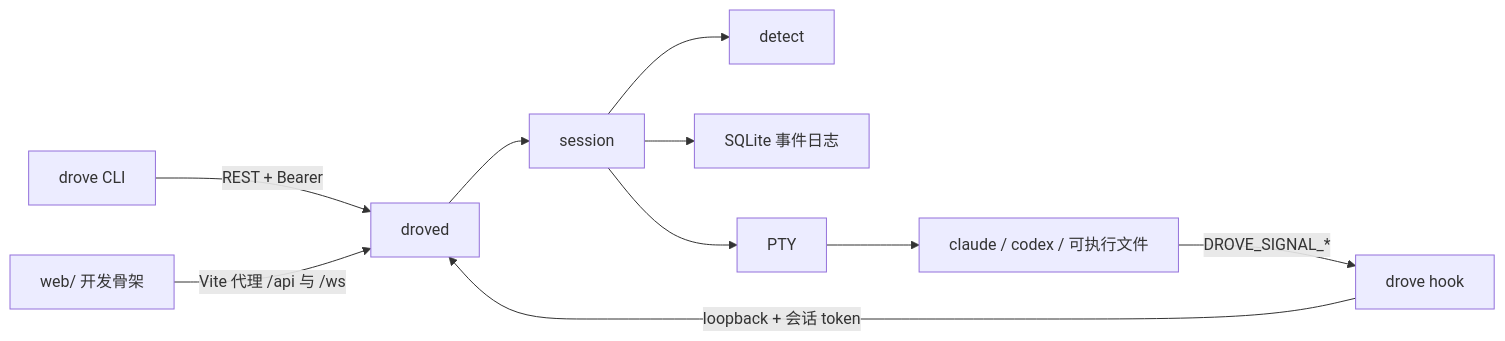
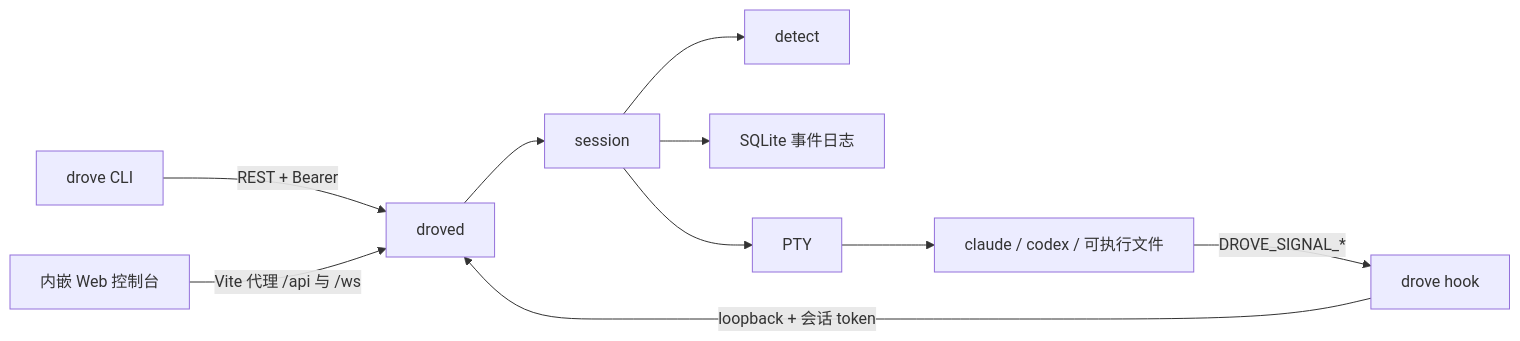
Before and after one commit to Duang777/drove: the diagram in docs/assets/architecture.mmd, drawn with Mermaid. The commit also changed 31 other files, not shown here.

```diff
--- a/docs/assets/architecture.mmd
+++ b/docs/assets/architecture.mmd
@@ -1,20 +1,20 @@
 flowchart LR
   cli["drove CLI"]
-  web["web/ 开发骨架"]
+  web["内嵌 Web 控制台"]
   daemon["droved"]
   session["session"]
   detect["detect"]
   store["SQLite 事件日志"]
   pty["PTY"]
   agent["claude / codex / 可执行文件"]
   hook["drove hook"]
 
   cli -->|"REST + Bearer"| daemon
   web -->|"Vite 代理 /api 与 /ws"| daemon
   daemon --> session
   session --> detect
   session --> store
   session --> pty
   pty --> agent
   agent -->|"DROVE_SIGNAL_*"| hook
   hook -->|"loopback + 会话 token"| daemon
```
